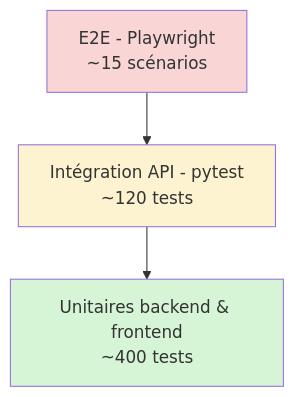
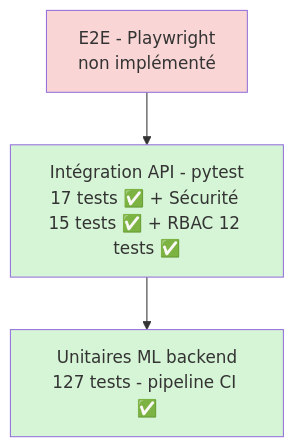
The diagram in docs/24-PLAN-DE-TESTS.md (MannuPy/Gec_com), drawn with Mermaid before and after one commit. The commit also changed other lines of this file and 88 other files, not shown here.

````diff
--- a/docs/24-PLAN-DE-TESTS.md
+++ b/docs/24-PLAN-DE-TESTS.md
@@ -17,8 +22,9 @@
 ```mermaid
 flowchart TB
-    A[E2E - Playwright\n~15 scénarios] --> B[Intégration API - pytest\n~120 tests]
-    B --> C[Unitaires backend & frontend\n~400 tests]
+    A[E2E - Playwright\nnon implémenté] --> B
+    B[Intégration API - pytest\n17 tests ✅ + Sécurité 15 tests ✅ + RBAC 12 tests ✅] --> C
+    C[Unitaires ML backend\n127 tests - pipeline CI ✅]
     style A fill:#f9d5d5
-    style B fill:#fdf3d0
+    style B fill:#d6f5d6
     style C fill:#d6f5d6
 ```
````
